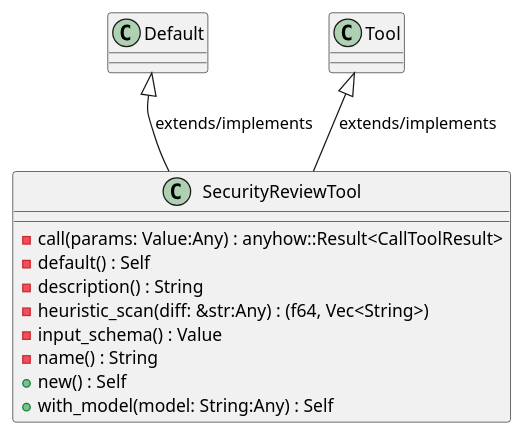
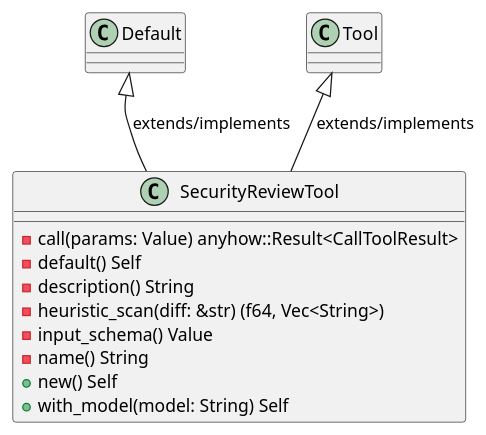
Before and after one commit to lgcorzo/rust_CACD_autonomous_factory: the first of 6 diagrams in openwiki/crates_factory_mcp_server_src_tools_security_review.md, drawn with PlantUML. The commit also changed other lines of this file and 97 other files, not shown here.

First line of the commit message:
Fix Rust AST parsing for method and function parameters, and update OKF UML frontmatter

````diff
--- a/openwiki/crates_factory_mcp_server_src_tools_security_review.md
+++ b/openwiki/crates_factory_mcp_server_src_tools_security_review.md
@@ -109,17 +114,17 @@
 ```plantuml
 @startuml
 class SecurityReviewTool {
-    -call(params: Value:Any) : anyhow::Result<CallToolResult>
-    -default() : Self
-    -description() : String
-    -heuristic_scan(diff: &str:Any) : (f64, Vec<String>)
-    -input_schema() : Value
-    -name() : String
-    +new() : Self
-    +with_model(model: String:Any) : Self
+    -call(params: Value) anyhow::Result<CallToolResult>
+    -default() Self
+    -description() String
+    -heuristic_scan(diff: &str) (f64, Vec<String>)
+    -input_schema() Value
+    -name() String
+    +new() Self
+    +with_model(model: String) Self
 }
 Default <|-- SecurityReviewTool : extends/implements
 Tool <|-- SecurityReviewTool : extends/implements
 @enduml
 
 ```
````
